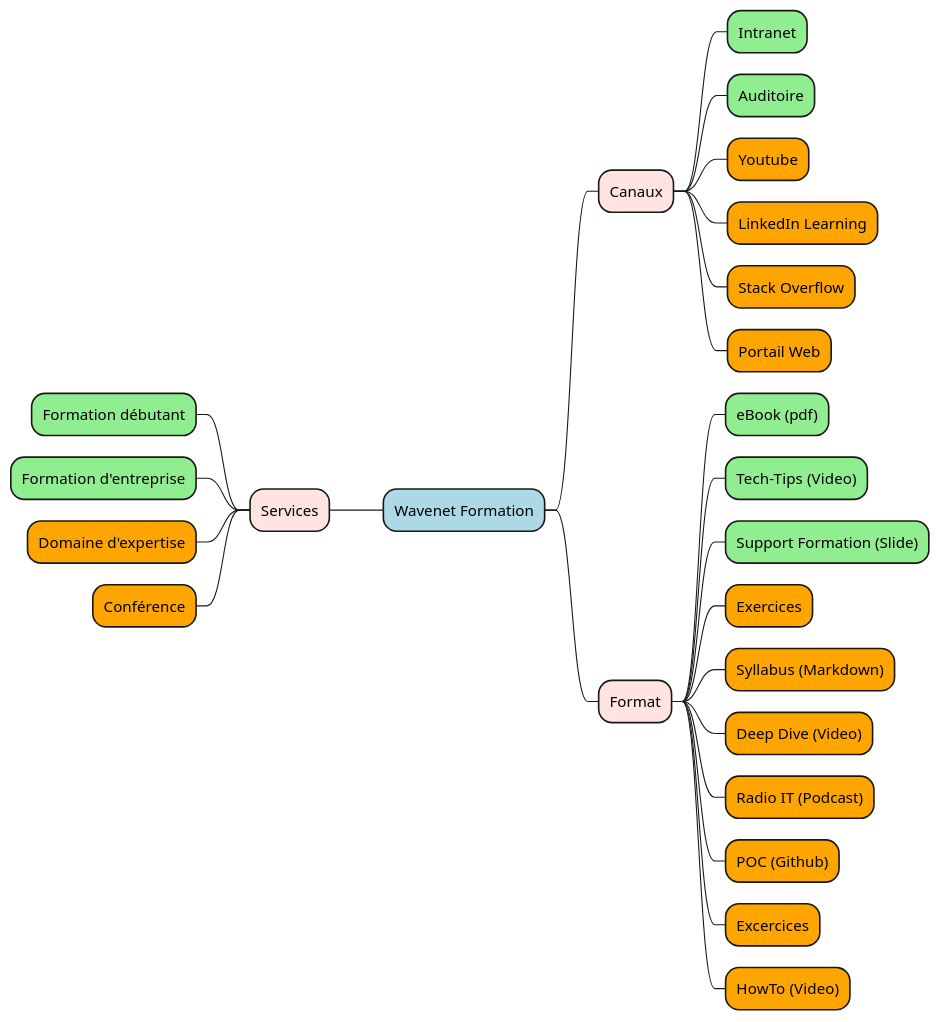
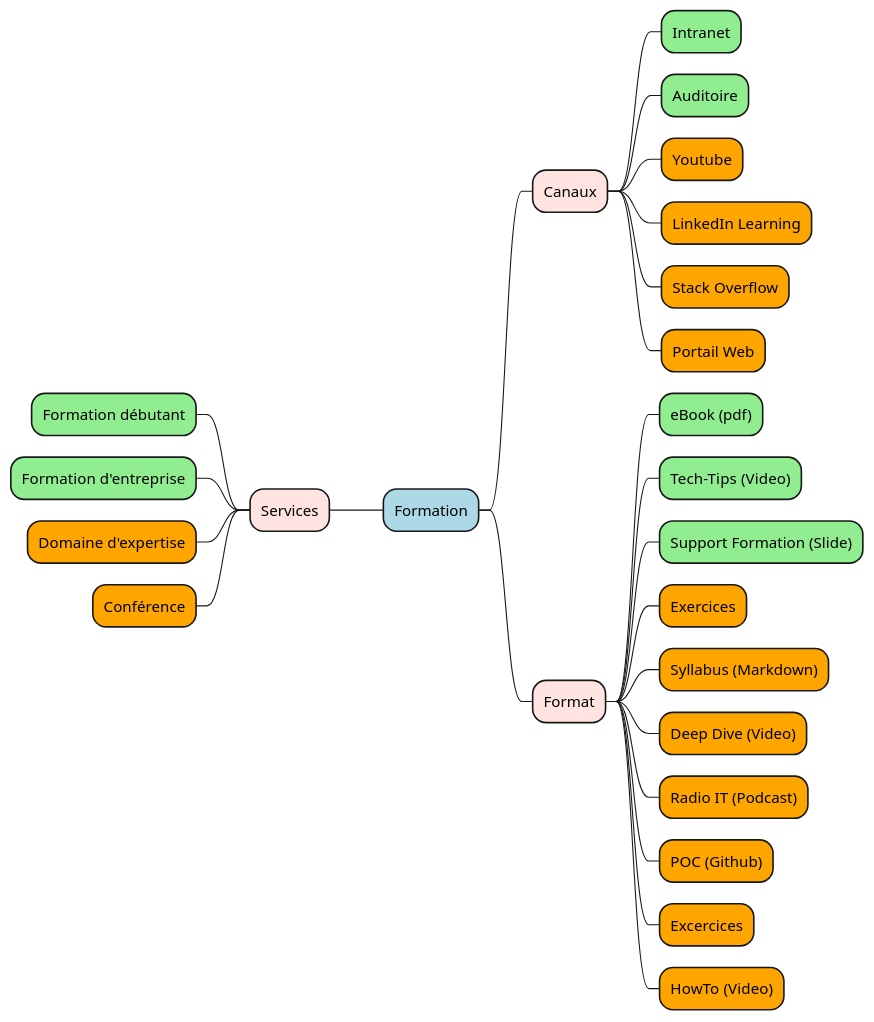
The diagram in competences/diagram/formation.puml (diplomegalo/roadmap), drawn with PlantUML before and after one commit. The commit also changed 44 other files, not shown here.

```diff
--- a/competences/diagram/formation.puml
+++ b/competences/diagram/formation.puml
@@ -1,26 +1,26 @@
 @startmindmap
-*[#LightBlue] Wavenet Formation
+*[#LightBlue] Formation
 --[#MistyRose] Services
 ---[#Lightgreen] Formation débutant
 ---[#Lightgreen] Formation d'entreprise
 ---[#Orange] Domaine d'expertise
 ---[#Orange] Conférence
 **[#MistyRose] Canaux
 ***[#Lightgreen] Intranet
 ***[#Lightgreen] Auditoire
 ***[#Orange] Youtube
 ***[#Orange] LinkedIn Learning
 ***[#Orange] Stack Overflow
 ***[#Orange] Portail Web
 **[#MistyRose] Format
 ***[#Lightgreen] eBook (pdf)
 ***[#Lightgreen] Tech-Tips (Video)
 ***[#Lightgreen] Support Formation (Slide)
 ***[#Orange] Exercices
 ***[#Orange] Syllabus (Markdown)
 ***[#Orange] Deep Dive (Video)
 ***[#Orange] Radio IT (Podcast)
 ***[#Orange] POC (Github)
 ***[#Orange] Excercices
 ***[#Orange] HowTo (Video)
 @endmindmap
```
